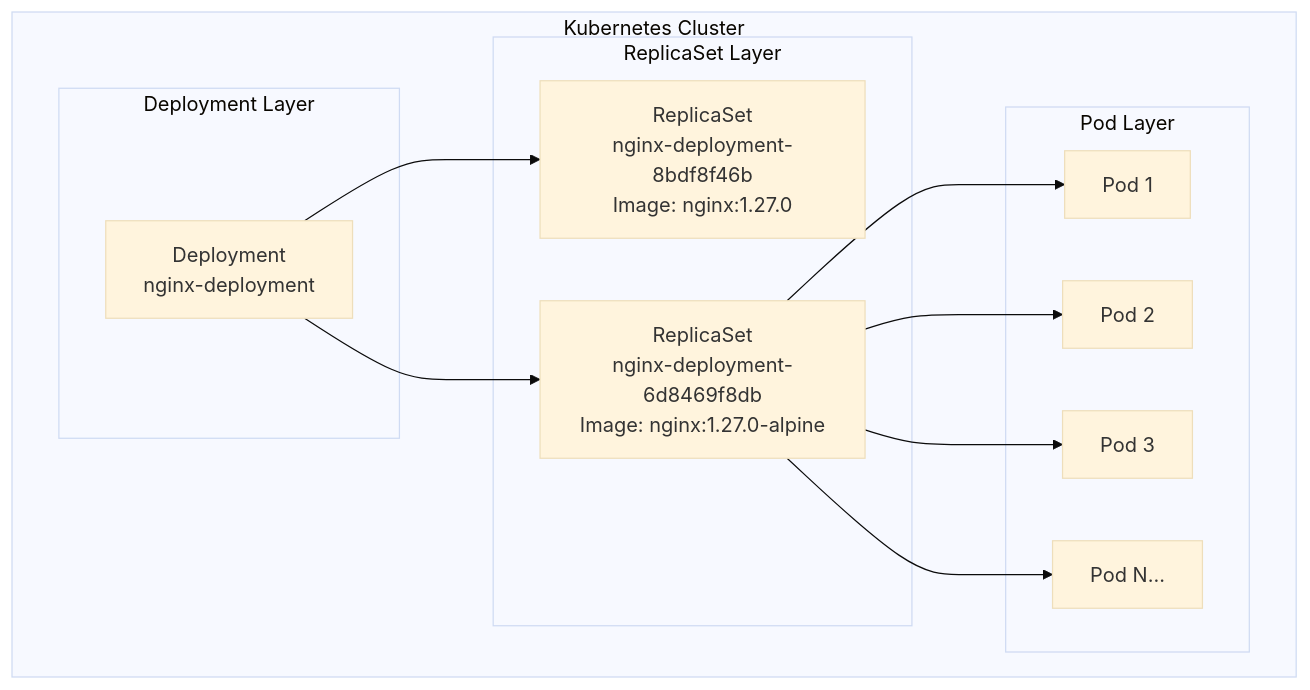
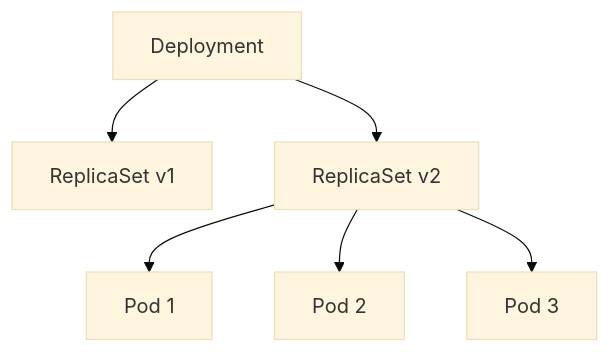
One commit to AnilPatel13/Docker-Kubernethes changed the first of 2 diagrams in Kubernethes/Kubernethes Replicaset and Deployments/README.md. Above: the diagram before and after it, drawn with Mermaid (base theme). The commit also changed other lines of this file and 1 other file, not shown here.

Commit message:
adding the replicaset and deployment.

````diff
--- a/Kubernethes/Kubernethes Replicaset and Deployments/README.md
+++ b/Kubernethes/Kubernethes Replicaset and Deployments/README.md
@@ -24,27 +5,8 @@
 ```mermaid
 graph TB
-    subgraph "Kubernetes Cluster"
-        subgraph "Deployment Layer"
-            D[Deployment<br/>nginx-deployment]
-        end
-        
-        subgraph "ReplicaSet Layer"
-            RS1[ReplicaSet<br/>nginx-deployment-8bdf8f46b<br/>Image: nginx:1.27.0]
-            RS2[ReplicaSet<br/>nginx-deployment-6d8469f8db<br/>Image: nginx:1.27.0-alpine]
-        end
-        
-        subgraph "Pod Layer"
-            P1[Pod 1]
-            P2[Pod 2]
-            P3[Pod 3]
-            P4[Pod N...]
-        end
-        
-        D --> RS1
-        D --> RS2
-        RS2 --> P1
-        RS2 --> P2
-        RS2 --> P3
-        RS2 --> P4
-    end
+    D[Deployment] --> RS1[ReplicaSet v1]
+    D --> RS2[ReplicaSet v2]
+    RS2 --> P1[Pod 1]
+    RS2 --> P2[Pod 2]
+    RS2 --> P3[Pod 3]
 ```
````
